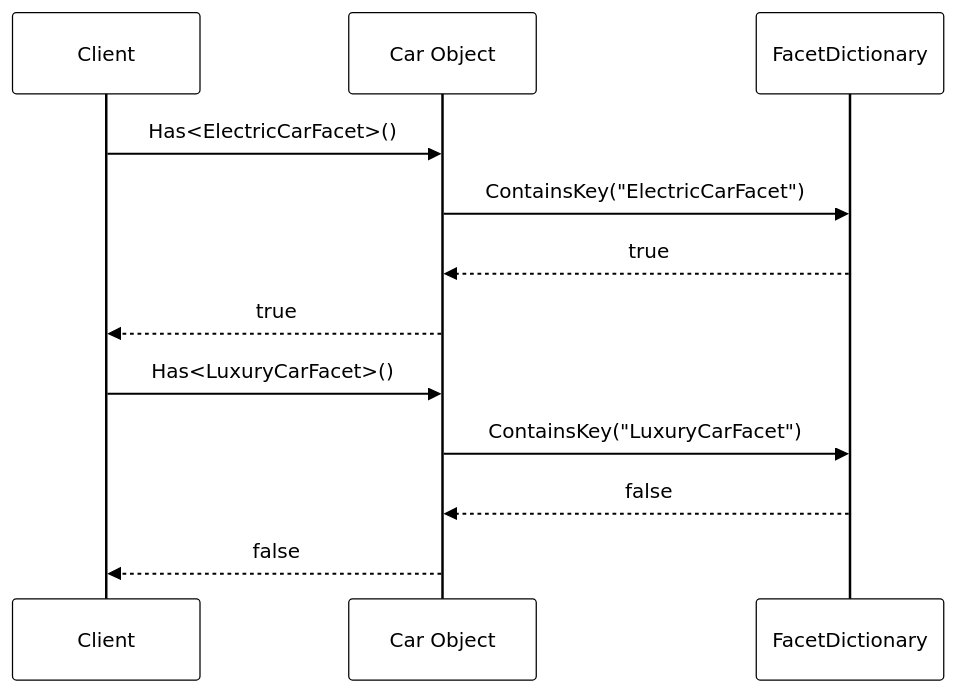
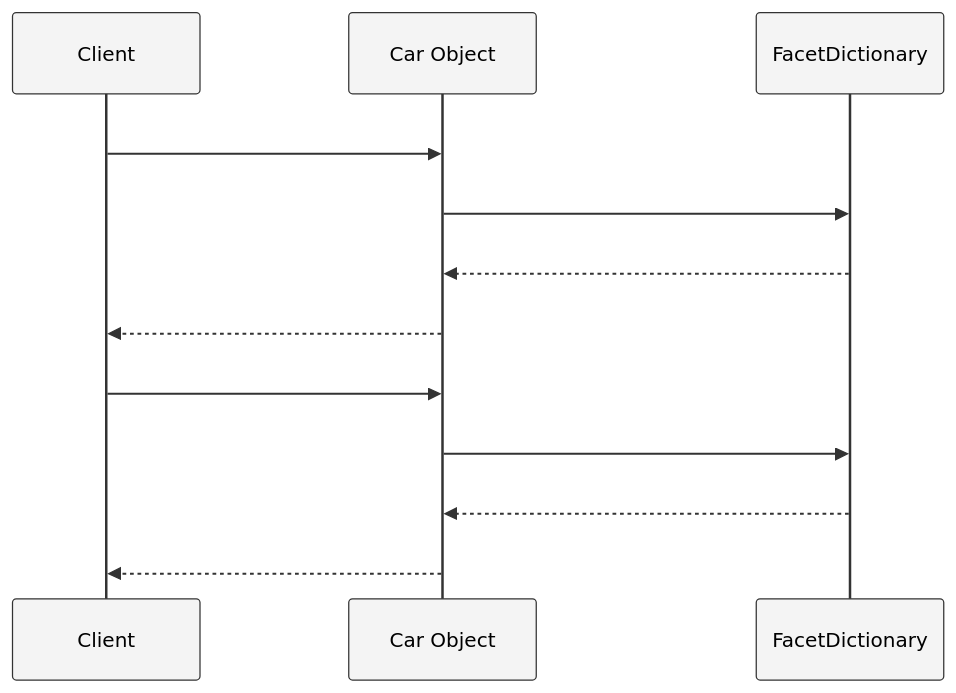
One commit to FrenchExDev/FrenchExDev.Net changed the fifth of 6 diagrams in Object.Biz/doc/ARCHITECTURE.md. Above: the diagram before and after it, drawn with Mermaid. The commit also changed other lines of this file and 4 other files, not shown here.

````diff
--- a/Object.Biz/doc/ARCHITECTURE.md
+++ b/Object.Biz/doc/ARCHITECTURE.md
@@ -220,17 +220,17 @@
 ```mermaid
-%%{init: {'theme':'base', 'themeVariables': { 'primaryColor':'#fff','primaryTextColor':'#000','primaryBorderColor':'#000','lineColor':'#000','secondaryColor':'#f4f4f4','tertiaryColor':'#f4f4f4','noteTextColor':'#000','noteBkgColor':'#fff','noteBorderColor':'#000','actorTextColor':'#000','actorLineColor':'#000','signalColor':'#000','signalTextColor':'#000','labelBoxBkgColor':'#f4f4f4','labelBoxBorderColor':'#000','labelTextColor':'#000','loopTextColor':'#000','activationBorderColor':'#000','activationBkgColor':'#f4f4f4','sequenceNumberColor':'#000'}}}%%
+%%{init: {'theme':'base', 'themeVariables': { 'fontFamily':'arial','fontSize':'14px','primaryColor':'#fff','primaryTextColor':'#000','primaryBorderColor':'#333','lineColor':'#333','secondaryColor':'#fff','tertiaryColor':'#fff','noteTextColor':'#000','noteBkgColor':'#fff','noteBorderColor':'#333','actorBkg':'#f4f4f4','actorBorder':'#333','actorTextColor':'#000','actorLineColor':'#333','signalColor':'#333','signalTextColor':'#fff','labelBoxBkgColor':'#f4f4f4','labelBoxBorderColor':'#333','labelTextColor':'#000','loopTextColor':'#000','activationBorderColor':'#333','activationBkgColor':'#e8e8e8','sequenceNumberColor':'#fff','altLabelBkgColor':'#f4f4f4','altLabelBorderColor':'#333'}}}%%
 sequenceDiagram
     participant Client
     participant Car as Car Object
     participant FacetDict as FacetDictionary
     
     Client->>Car: Has<ElectricCarFacet>()
     Car->>FacetDict: ContainsKey("ElectricCarFacet")
     FacetDict-->>Car: true
     Car-->>Client: true
     
     Client->>Car: Has<LuxuryCarFacet>()
     Car->>FacetDict: ContainsKey("LuxuryCarFacet")
     FacetDict-->>Car: false
     Car-->>Client: false
 ```
````
